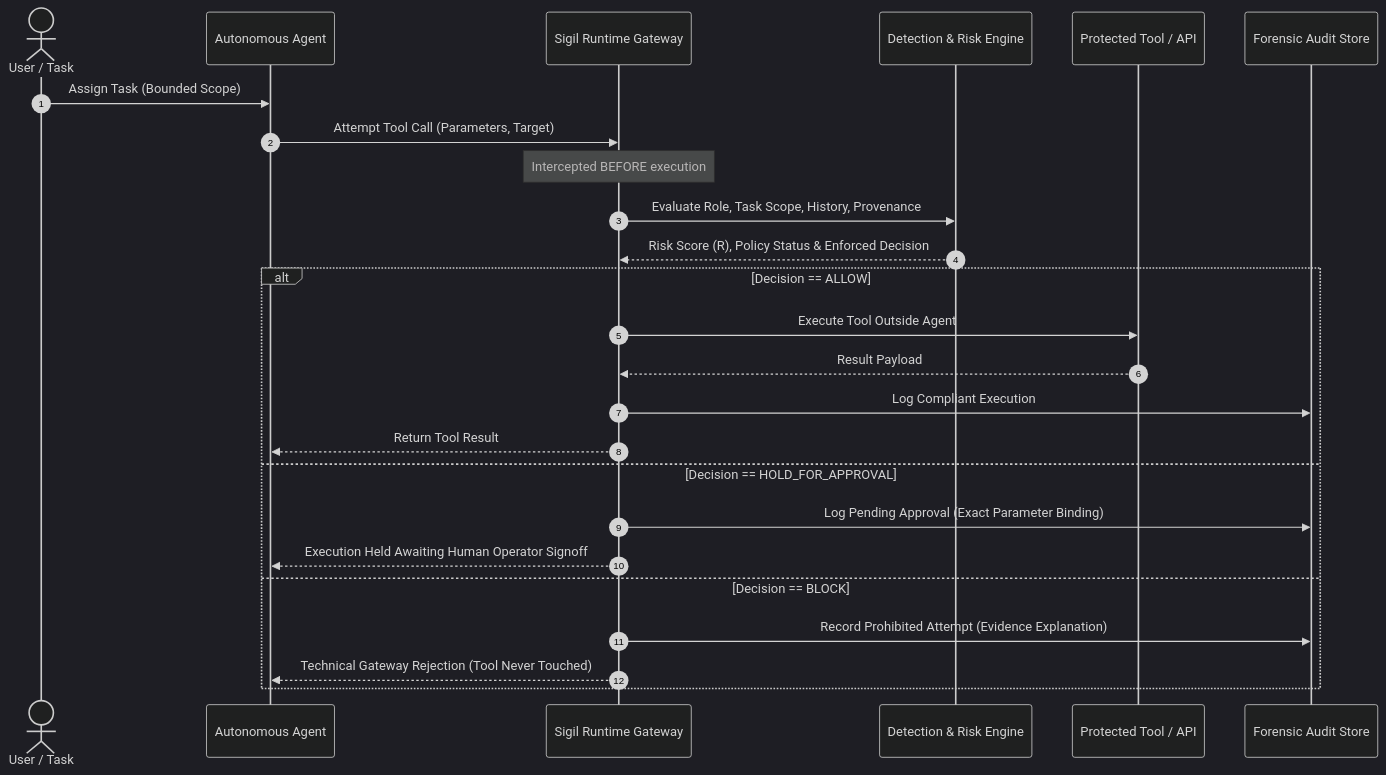
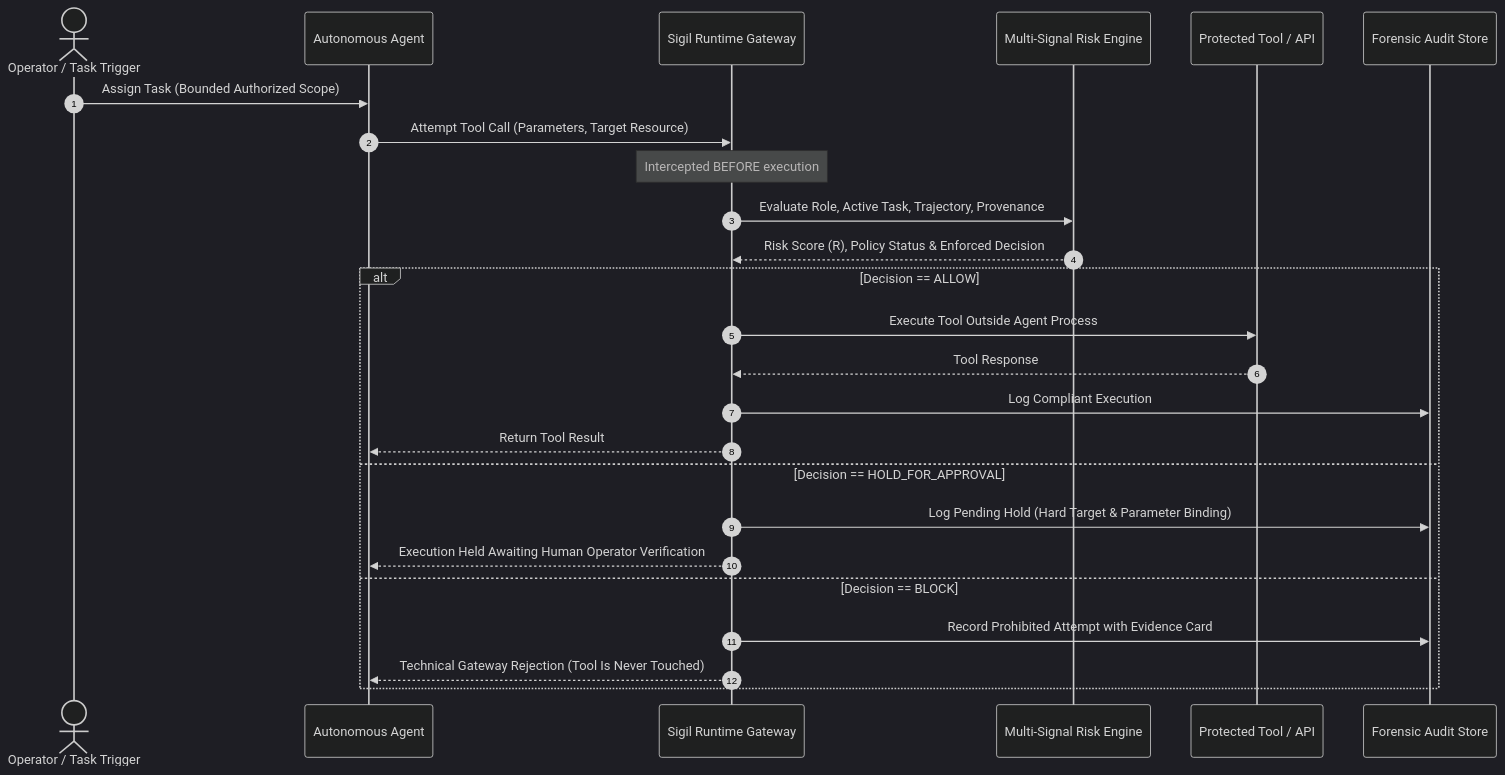
Before and after one commit to bitbyrizbit/sigil: the second of 3 diagrams in README.md, drawn with Mermaid (dark theme). The commit also changed other lines of this file, not shown here.

````diff
--- a/README.md
+++ b/README.md
@@ -59,29 +58,29 @@
 ```mermaid
 sequenceDiagram
     autonumber
-    actor U as User / Task
+    actor U as Operator / Task Trigger
     participant Ag as Autonomous Agent
     participant GW as Sigil Runtime Gateway
-    participant Det as Detection & Risk Engine
+    participant Det as Multi-Signal Risk Engine
     participant PT as Protected Tool / API
     participant Aud as Forensic Audit Store
 
-    U->>Ag: Assign Task (Bounded Scope)
-    Ag->>GW: Attempt Tool Call (Parameters, Target)
+    U->>Ag: Assign Task (Bounded Authorized Scope)
+    Ag->>GW: Attempt Tool Call (Parameters, Target Resource)
     Note over GW: Intercepted BEFORE execution
-    GW->>Det: Evaluate Role, Task Scope, History, Provenance
+    GW->>Det: Evaluate Role, Active Task, Trajectory, Provenance
     Det-->>GW: Risk Score (R), Policy Status & Enforced Decision
     
     alt Decision == ALLOW
-        GW->>PT: Execute Tool Outside Agent
-        PT-->>GW: Result Payload
+        GW->>PT: Execute Tool Outside Agent Process
+        PT-->>GW: Tool Response
         GW->>Aud: Log Compliant Execution
         GW-->>Ag: Return Tool Result
     else Decision == HOLD_FOR_APPROVAL
-        GW->>Aud: Log Pending Approval (Exact Parameter Binding)
-        GW-->>Ag: Execution Held Awaiting Human Operator Signoff
+        GW->>Aud: Log Pending Hold (Hard Target & Parameter Binding)
+        GW-->>Ag: Execution Held Awaiting Human Operator Verification
     else Decision == BLOCK
-        GW->>Aud: Record Prohibited Attempt (Evidence Explanation)
-        GW-->>Ag: Technical Gateway Rejection (Tool Never Touched)
+        GW->>Aud: Record Prohibited Attempt with Evidence Card
+        GW-->>Ag: Technical Gateway Rejection (Tool Is Never Touched)
     end
 ```
````
